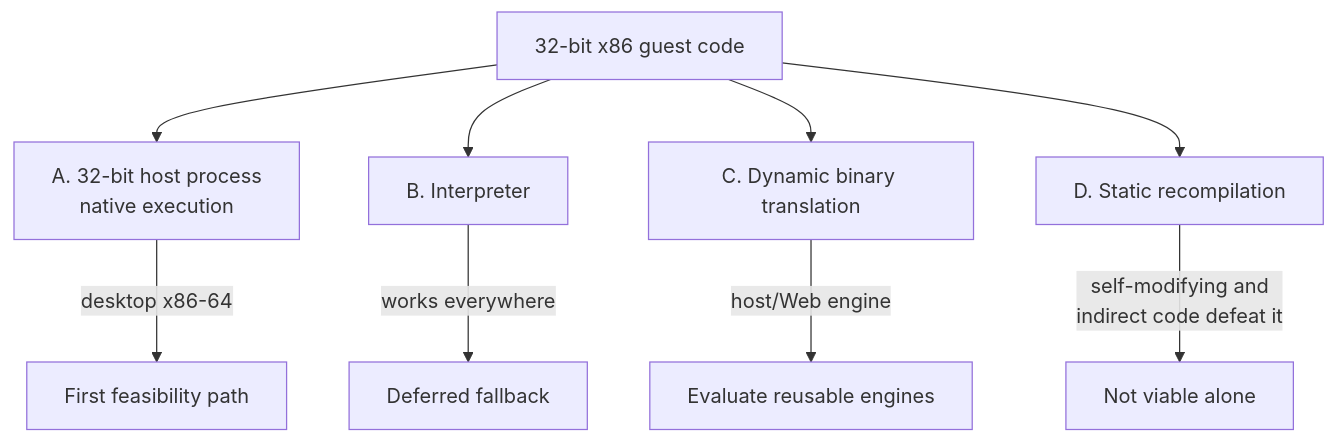
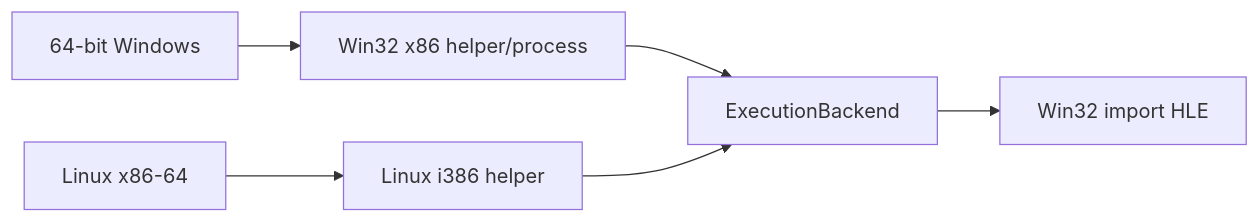
Before and after one commit to nworkers/re2DJ: the diagram in docs/kb/x86-32-guest-on-64-bit-host.md, drawn with Mermaid. The commit also changed other lines of this file and 173 other files, not shown here.

Commit message:
Add Linux x86/x64 original execution foundation

````diff
--- a/docs/kb/x86-32-guest-on-64-bit-host.md
+++ b/docs/kb/x86-32-guest-on-64-bit-host.md
@@ -31,11 +22,8 @@
 ```mermaid
-flowchart TD
-    Q["32-bit x86 guest code"] --> A["A. 32-bit host process<br/>native execution"]
-    Q --> B["B. Interpreter"]
-    Q --> C["C. Dynamic binary translation"]
-    Q --> D["D. Static recompilation"]
-    A -->|desktop x86-64| Y0["First feasibility path"]
-    B -->|works everywhere| Y1["Deferred fallback"]
-    C -->|host/Web engine| Y2["Evaluate reusable engines"]
-    D -->|self-modifying and<br/>indirect code defeat it| X2["Not viable alone"]
+flowchart LR
+    W["64-bit Windows"] --> H["Win32 x86 helper/process"]
+    L["Linux x86-64"] --> I["Linux i386 helper"]
+    H --> B["ExecutionBackend"]
+    I --> B
+    B --> G["Win32 import HLE"]
 ```
````
